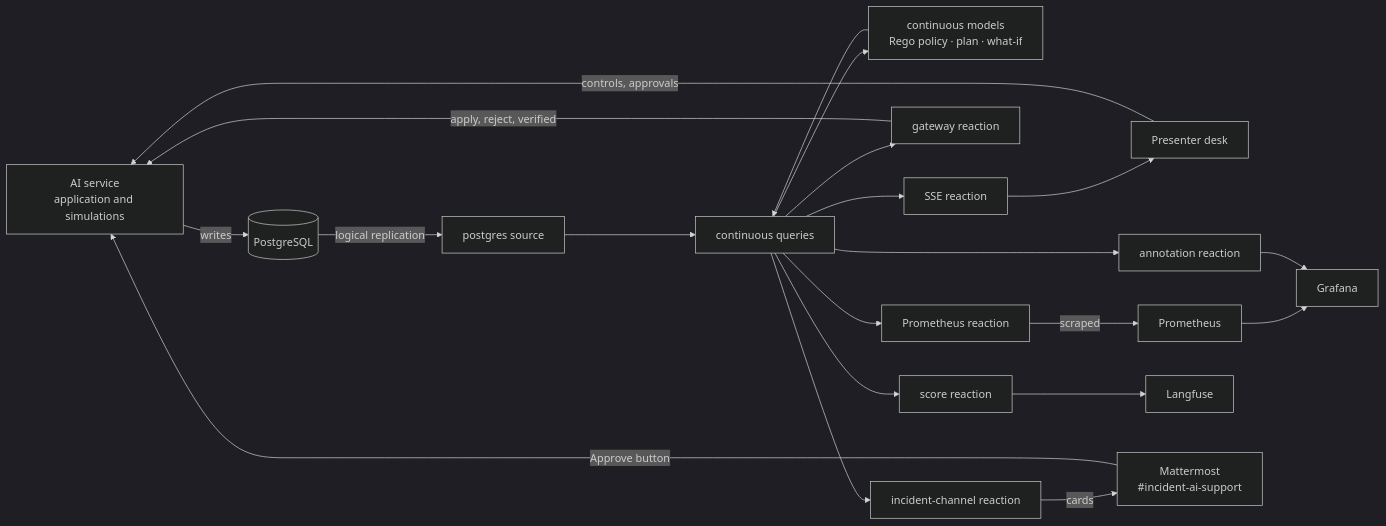
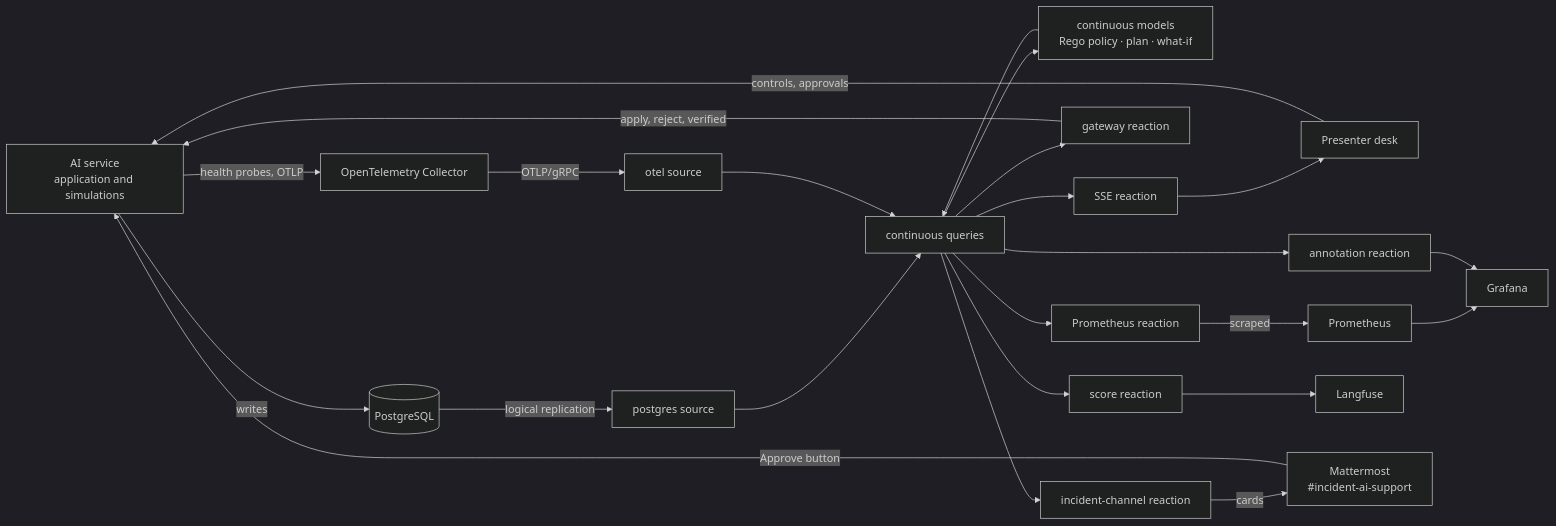
The diagram in presentations/2026-11-19_Ignite/DRASI.md (drasi-project/community), drawn with Mermaid (dark theme) before and after one commit. The commit also changed other lines of this file and 4 other files, not shown here.

First line of the commit message:
Ignite docs: deployment health comes from telemetry

````diff
--- a/presentations/2026-11-19_Ignite/DRASI.md
+++ b/presentations/2026-11-19_Ignite/DRASI.md
@@ -22,16 +23,18 @@
 ```mermaid
 flowchart LR
   AI[AI service<br/>application and simulations] -- writes --> PG[(PostgreSQL)]
   DESK[Presenter desk] -- controls, approvals --> AI
   PG -- logical replication --> SRC[postgres source]
+  AI -- health probes, OTLP --> COL[OpenTelemetry Collector] -- OTLP/gRPC --> OT[otel source]
   SRC --> Q[continuous queries]
+  OT --> Q
   Q --> M[continuous models<br/>Rego policy · plan · what-if]
   M --> Q
   Q --> PROM[Prometheus reaction] -- scraped --> P[Prometheus] --> GRAF[Grafana]
   Q --> GW[gateway reaction] -- apply, reject, verified --> AI
   Q --> ANN[annotation reaction] --> GRAF
   Q --> SC[score reaction] --> LF[Langfuse]
   Q --> SSE[SSE reaction] --> DESK
   Q --> IC[incident-channel reaction] -- cards --> MM[Mattermost<br/>#incident-ai-support]
   MM -- Approve button --> AI
 ```
````
